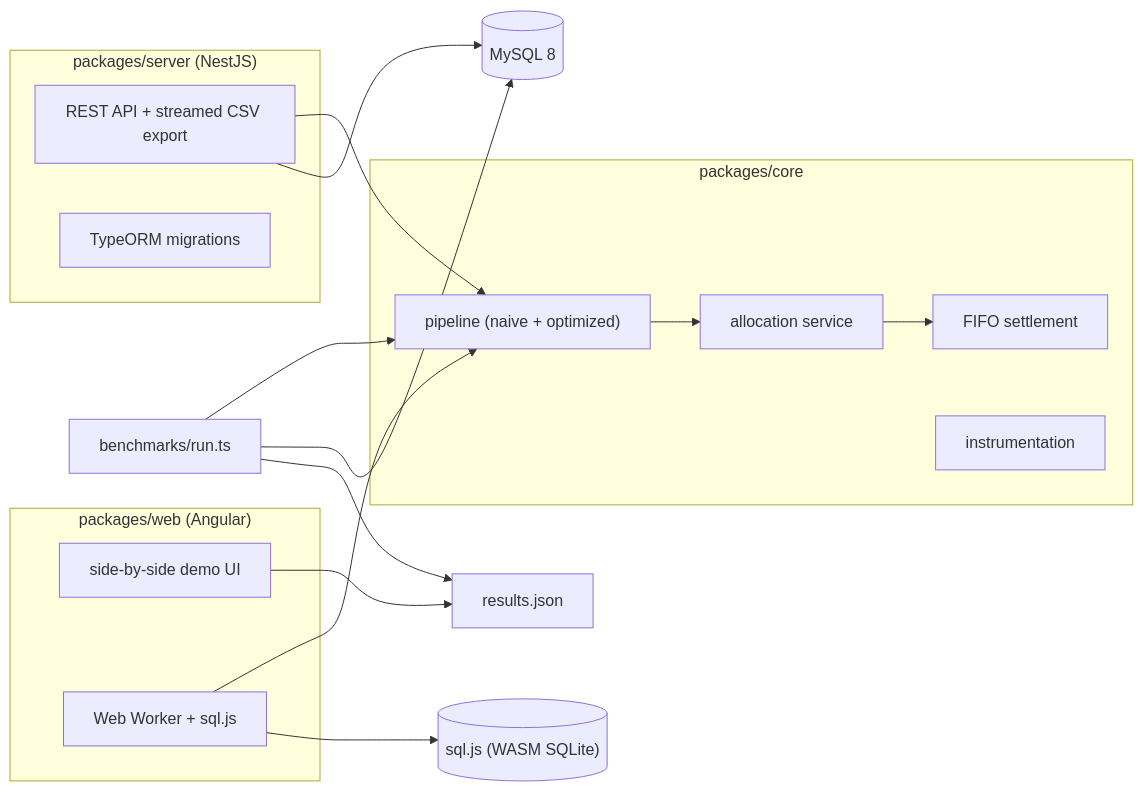
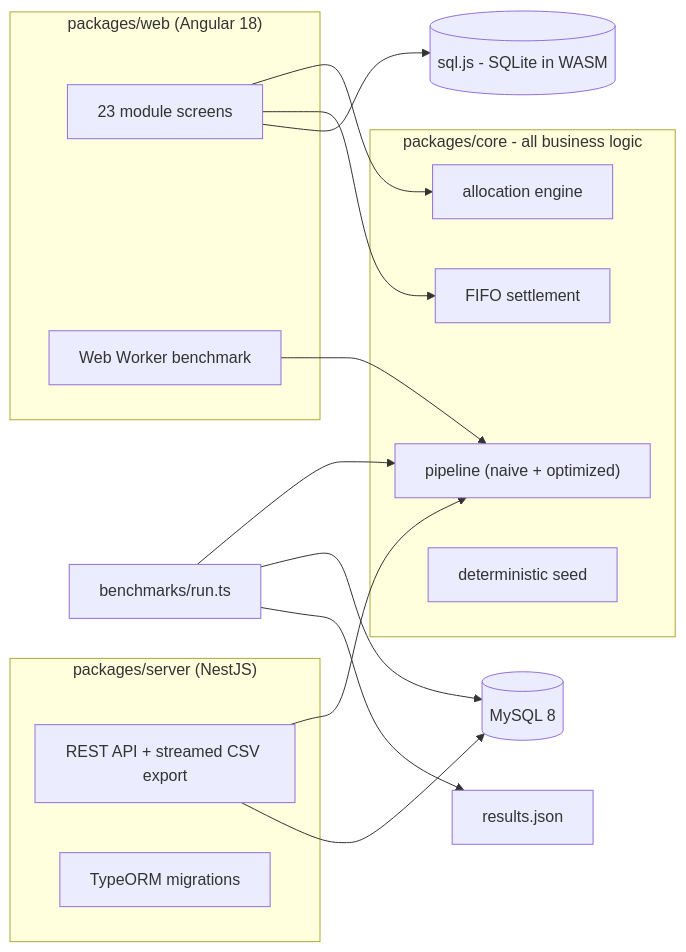
One commit to usama-hafeez/enterprise-ops-demo changed the diagram in README.md. Above: the diagram before and after it, drawn with Mermaid. The commit also changed other lines of this file and 1 other file, not shown here.

Commit message:
docs: README reframed around the application demo

````diff
--- a/README.md
+++ b/README.md
@@ -135,28 +90,28 @@
 ```mermaid
 flowchart LR
-    subgraph core["packages/core"]
+    subgraph core["packages/core - all business logic"]
+        alloc["allocation engine"]
+        fifo["FIFO settlement"]
         pipeline["pipeline (naive + optimized)"]
-        alloc["allocation service"]
-        fifo["FIFO settlement"]
-        instr["instrumentation"]
+        seed["deterministic seed"]
     end
     subgraph server["packages/server (NestJS)"]
         api["REST API + streamed CSV export"]
         mig["TypeORM migrations"]
     end
-    subgraph web["packages/web (Angular)"]
-        ui["side-by-side demo UI"]
-        worker["Web Worker + sql.js"]
+    subgraph web["packages/web (Angular 18)"]
+        screens["23 module screens"]
+        worker["Web Worker benchmark"]
     end
     bench["benchmarks/run.ts"]
 
     api --> pipeline
     bench --> pipeline
+    screens --> alloc
+    screens --> fifo
     worker --> pipeline
-    pipeline --> alloc --> fifo
     api --> mysql[("MySQL 8")]
     bench --> mysql
-    worker --> sqlite[("sql.js (WASM SQLite)")]
+    screens --> sqlite[("sql.js - SQLite in WASM")]
     bench --> results["results.json"]
-    ui --> results
 ```
````
